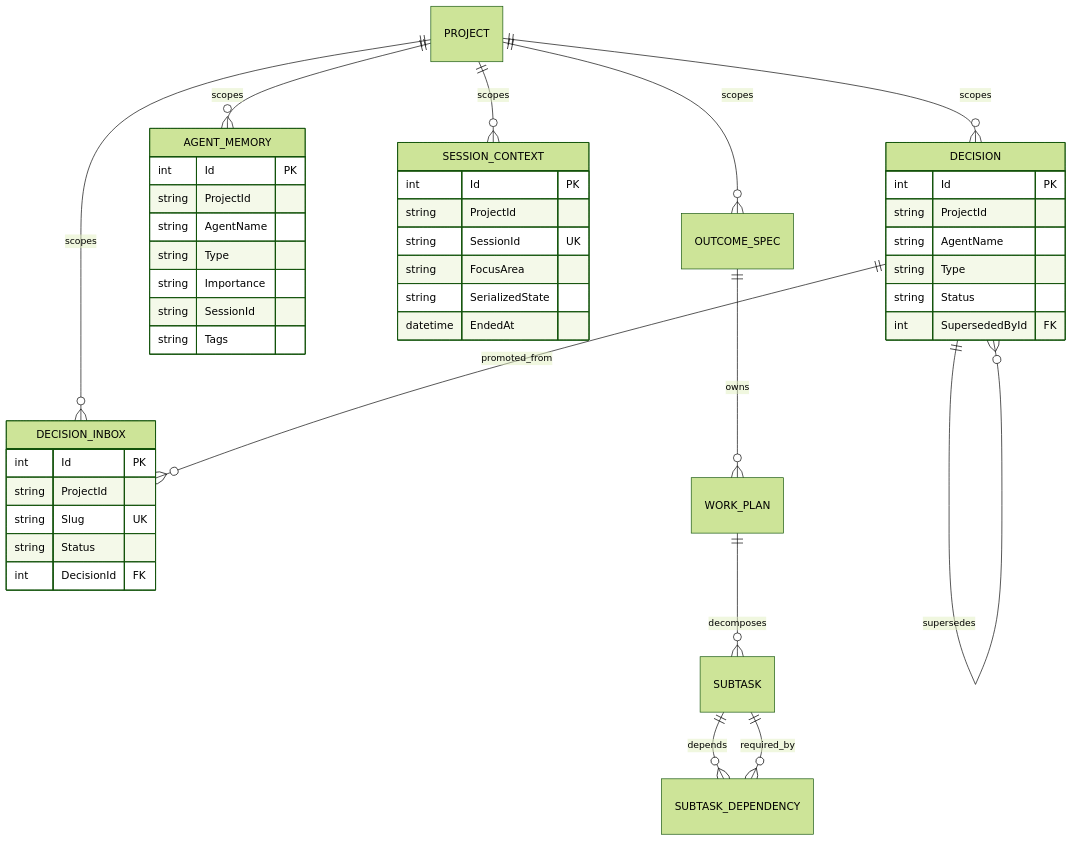
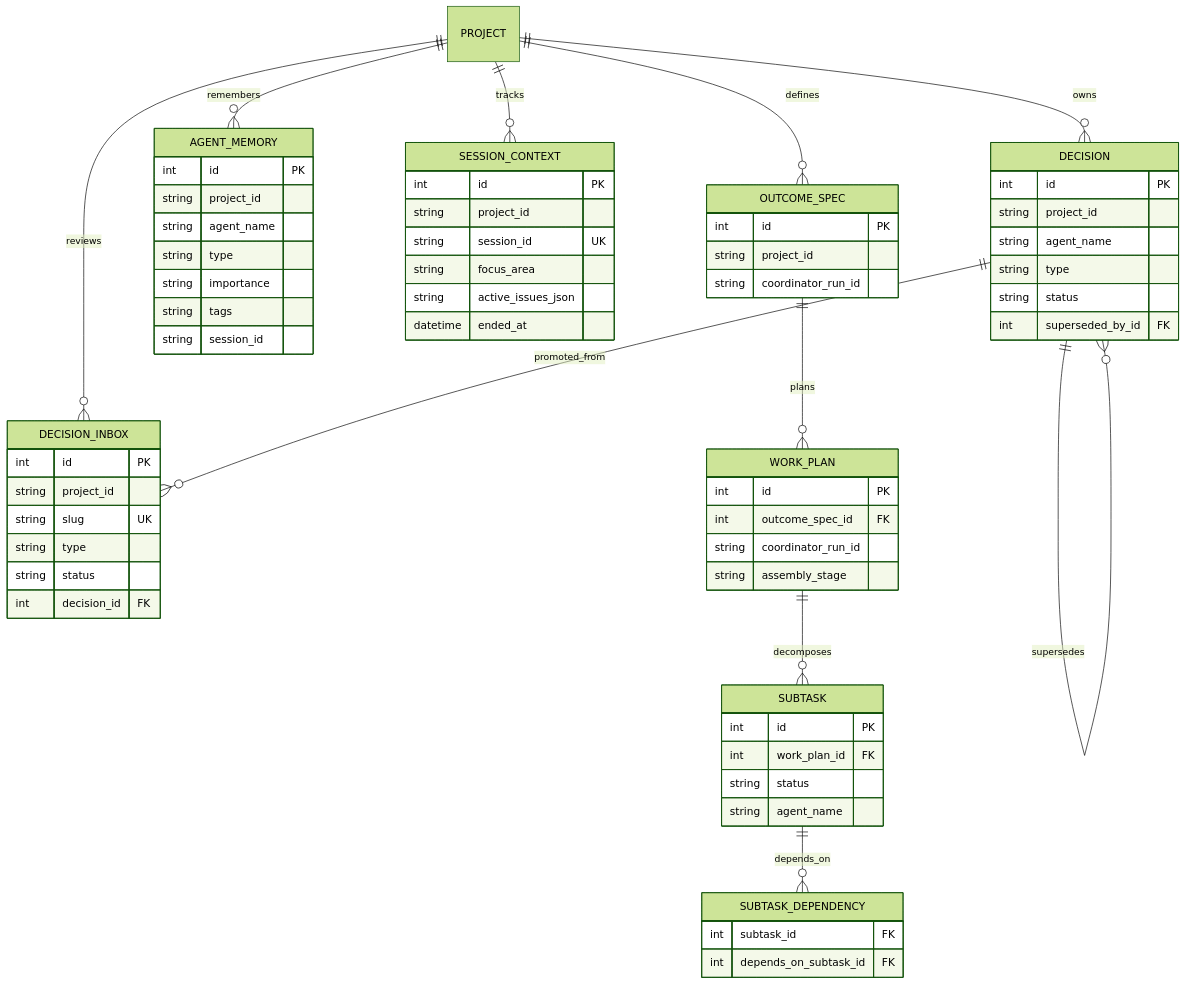
Before and after one commit to sabbour/agentweaver: the second of 3 diagrams in docs/deep-dive/data-persistence.md, drawn with Mermaid (forest theme). The commit also changed other lines of this file and 12 other files, not shown here.

````diff
--- a/docs/deep-dive/data-persistence.md
+++ b/docs/deep-dive/data-persistence.md
@@ -86,47 +108,68 @@
 ```mermaid
 erDiagram
-    PROJECT ||--o{ DECISION : scopes
-    PROJECT ||--o{ DECISION_INBOX : scopes
-    PROJECT ||--o{ AGENT_MEMORY : scopes
-    PROJECT ||--o{ SESSION_CONTEXT : scopes
-    PROJECT ||--o{ OUTCOME_SPEC : scopes
-    OUTCOME_SPEC ||--o{ WORK_PLAN : owns
+    PROJECT ||--o{ DECISION : owns
+    PROJECT ||--o{ DECISION_INBOX : reviews
+    PROJECT ||--o{ AGENT_MEMORY : remembers
+    PROJECT ||--o{ SESSION_CONTEXT : tracks
+    PROJECT ||--o{ OUTCOME_SPEC : defines
+    OUTCOME_SPEC ||--o{ WORK_PLAN : plans
     WORK_PLAN ||--o{ SUBTASK : decomposes
-    SUBTASK ||--o{ SUBTASK_DEPENDENCY : depends
-    SUBTASK ||--o{ SUBTASK_DEPENDENCY : required_by
+    SUBTASK ||--o{ SUBTASK_DEPENDENCY : depends_on
     DECISION ||--o{ DECISION : supersedes
     DECISION ||--o{ DECISION_INBOX : promoted_from
 
     DECISION {
-      int Id PK
-      string ProjectId
-      string AgentName
-      string Type
-      string Status
-      int SupersededById FK
+      int id PK
+      string project_id
+      string agent_name
+      string type
+      string status
+      int superseded_by_id FK
     }
     DECISION_INBOX {
-      int Id PK
-      string ProjectId
-      string Slug UK
-      string Status
-      int DecisionId FK
+      int id PK
+      string project_id
+      string slug UK
+      string type
+      string status
+      int decision_id FK
     }
     AGENT_MEMORY {
-      int Id PK
-      string ProjectId
-      string AgentName
-      string Type
-      string Importance
-      string SessionId
-      string Tags
+      int id PK
+      string project_id
+      string agent_name
+      string type
+      string importance
+      string tags
+      string session_id
     }
     SESSION_CONTEXT {
-      int Id PK
-      string ProjectId
-      string SessionId UK
-      string FocusArea
-      string SerializedState
-      datetime EndedAt
+      int id PK
+      string project_id
+      string session_id UK
+      string focus_area
+      string active_issues_json
+      datetime ended_at
+    }
+    OUTCOME_SPEC {
+      int id PK
+      string project_id
+      string coordinator_run_id
+    }
+    WORK_PLAN {
+      int id PK
+      int outcome_spec_id FK
+      string coordinator_run_id
+      string assembly_stage
+    }
+    SUBTASK {
+      int id PK
+      int work_plan_id FK
+      string status
+      string agent_name
+    }
+    SUBTASK_DEPENDENCY {
+      int subtask_id FK
+      int depends_on_subtask_id FK
     }
 ```
````
